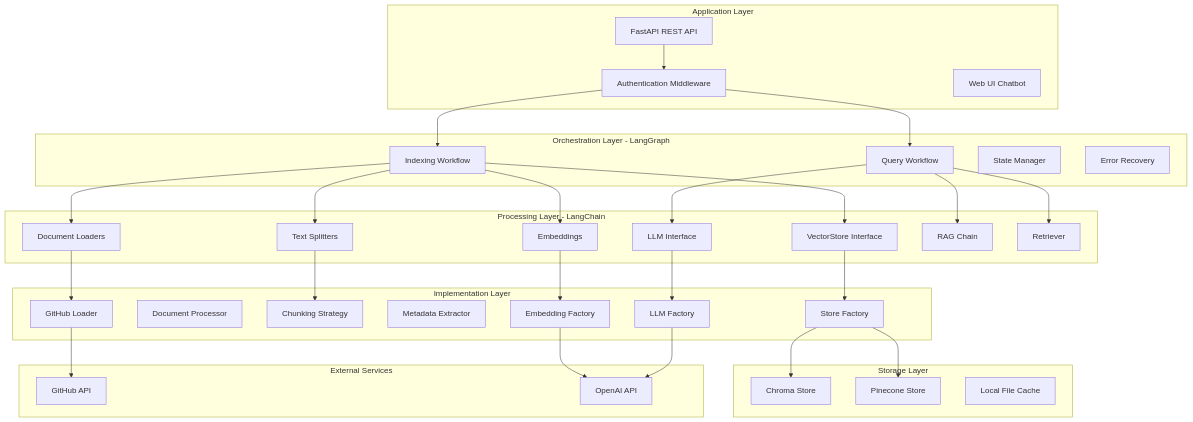
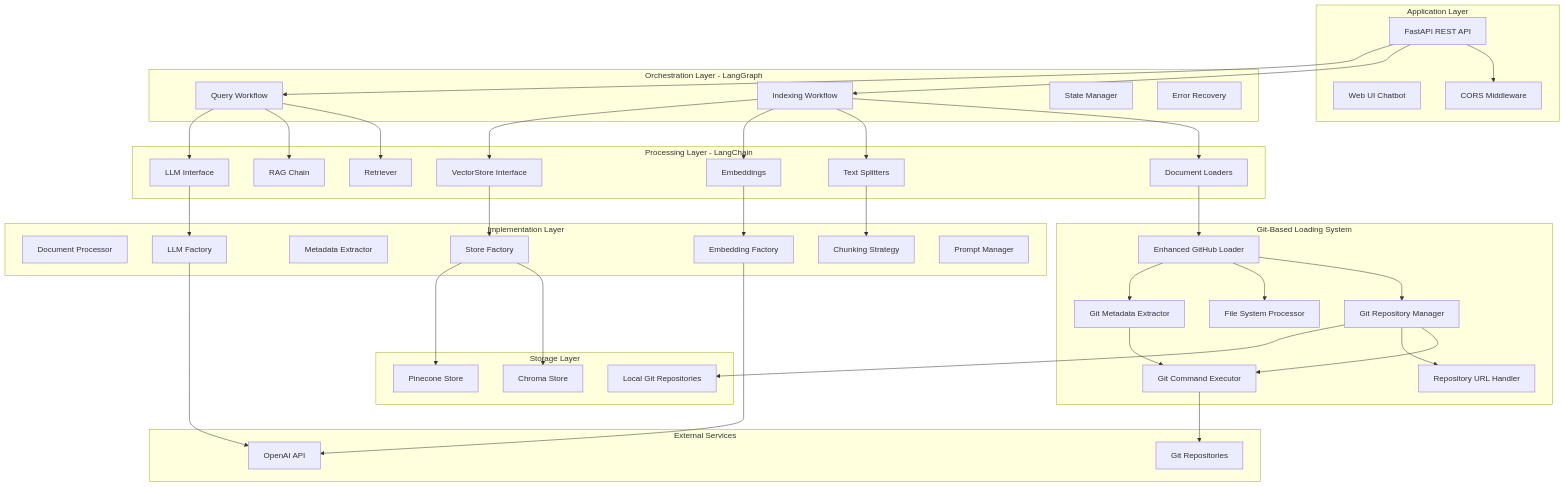
The diagram in memory-bank/systemPatterns.md (anhhai680/knowledge-graph-agent), drawn with Mermaid before and after one commit. The commit also changed other lines of this file and 1 other file, not shown here.

Commit message:
docs: Update system patterns and technical context for Git-based loading system enhancements

````diff
--- a/memory-bank/systemPatterns.md
+++ b/memory-bank/systemPatterns.md
@@ -11,8 +11,8 @@
 graph TB
     subgraph "Application Layer"
         API[FastAPI REST API]
-        AUTH[Authentication Middleware]
         WEB[Web UI Chatbot]
+        CORS[CORS Middleware]
     end
     
     subgraph "Orchestration Layer - LangGraph"
@@ -32,30 +32,39 @@
         RETRIEVER[Retriever]
     end
     
+    subgraph "Git-Based Loading System"
+        ENHANCED_LOADER[Enhanced GitHub Loader]
+        GIT_REPO_MGR[Git Repository Manager]
+        GIT_CMD_EXEC[Git Command Executor]
+        FILE_SYS_PROC[File System Processor]
+        GIT_META_EXT[Git Metadata Extractor]
+        REPO_URL_HANDLER[Repository URL Handler]
+    end
+    
     subgraph "Implementation Layer"
-        GITHUB_LOADER[GitHub Loader]
         DOC_PROCESSOR[Document Processor]
         CHUNK_STRATEGY[Chunking Strategy]
         META_EXTRACT[Metadata Extractor]
         LLM_FACTORY[LLM Factory]
         EMBED_FACTORY[Embedding Factory]
         STORE_FACTORY[Store Factory]
+        PROMPT_MGR[Prompt Manager]
     end
     
     subgraph "Storage Layer"
         CHROMA[Chroma Store]
         PINECONE[Pinecone Store]
-        LOCAL_FILES[Local File Cache]
+        LOCAL_REPOS[Local Git Repositories]
     end
     
     subgraph "External Services"
-        GITHUB_API[GitHub API]
+        GIT_REPOS[Git Repositories]
         OPENAI_API[OpenAI API]
     end
     
-    API --> AUTH
-    AUTH --> INDEX_WF
-    AUTH --> QUERY_WF
+    API --> CORS
+    API --> INDEX_WF
+    API --> QUERY_WF
     
     INDEX_WF --> DOC_LOADERS
     INDEX_WF --> TEXT_SPLIT
@@ -66,16 +75,24 @@
     QUERY_WF --> RAG_CHAIN
     QUERY_WF --> LLM_INTERFACE
     
-    DOC_LOADERS --> GITHUB_LOADER
+    DOC_LOADERS --> ENHANCED_LOADER
     TEXT_SPLIT --> CHUNK_STRATEGY
     EMBEDDINGS --> EMBED_FACTORY
     VECTORSTORE --> STORE_FACTORY
     LLM_INTERFACE --> LLM_FACTORY
     
-    GITHUB_LOADER --> GITHUB_API
+    ENHANCED_LOADER --> GIT_REPO_MGR
+    ENHANCED_LOADER --> FILE_SYS_PROC
+    ENHANCED_LOADER --> GIT_META_EXT
+    GIT_REPO_MGR --> GIT_CMD_EXEC
+    GIT_REPO_MGR --> REPO_URL_HANDLER
+    GIT_META_EXT --> GIT_CMD_EXEC
+    
+    GIT_CMD_EXEC --> GIT_REPOS
     LLM_FACTORY --> OPENAI_API
     EMBED_FACTORY --> OPENAI_API
     
     STORE_FACTORY --> CHROMA
     STORE_FACTORY --> PINECONE
+    GIT_REPO_MGR --> LOCAL_REPOS
 ```
````
